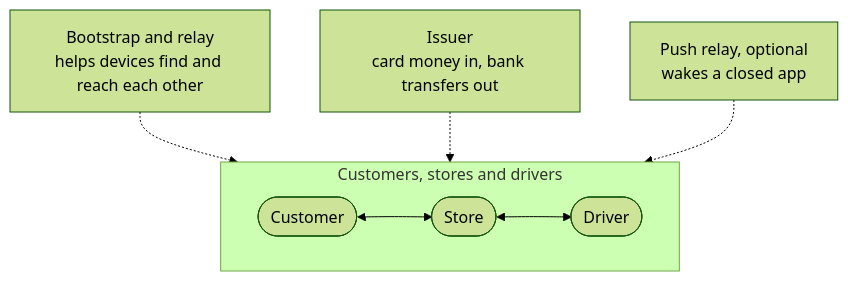
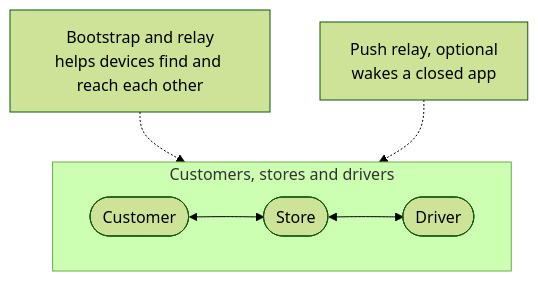
Before and after one commit to TrevorWysong/HandShake: the sixth of 6 diagrams in README.md, drawn with Mermaid (forest theme). The commit also changed other lines of this file and 63 other files, not shown here.

````diff
--- a/README.md
+++ b/README.md
@@ -182,10 +176,9 @@
 ```mermaid
 flowchart TB
     subgraph peers["Customers, stores and drivers"]
         direction LR
         a([Customer]) <--> b([Store]) <--> c([Driver])
     end
     boot["Bootstrap and relay<br/>helps devices find and reach each other"] -.-> peers
-    issuer["Issuer<br/>card money in, bank transfers out"] -.-> peers
     push["Push relay, optional<br/>wakes a closed app"] -.-> peers
 ```
````
